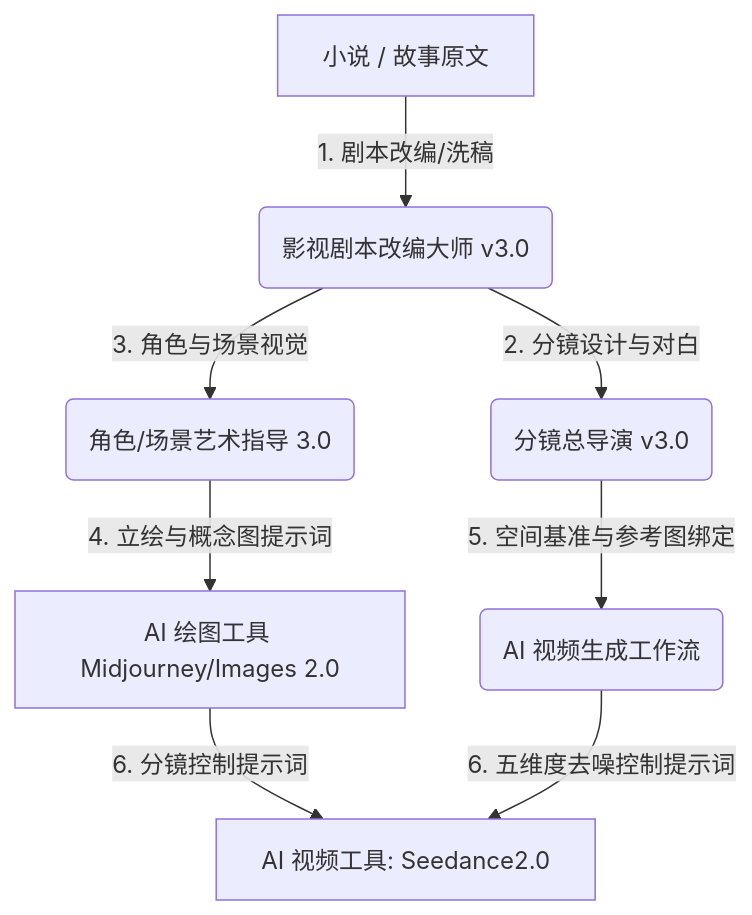
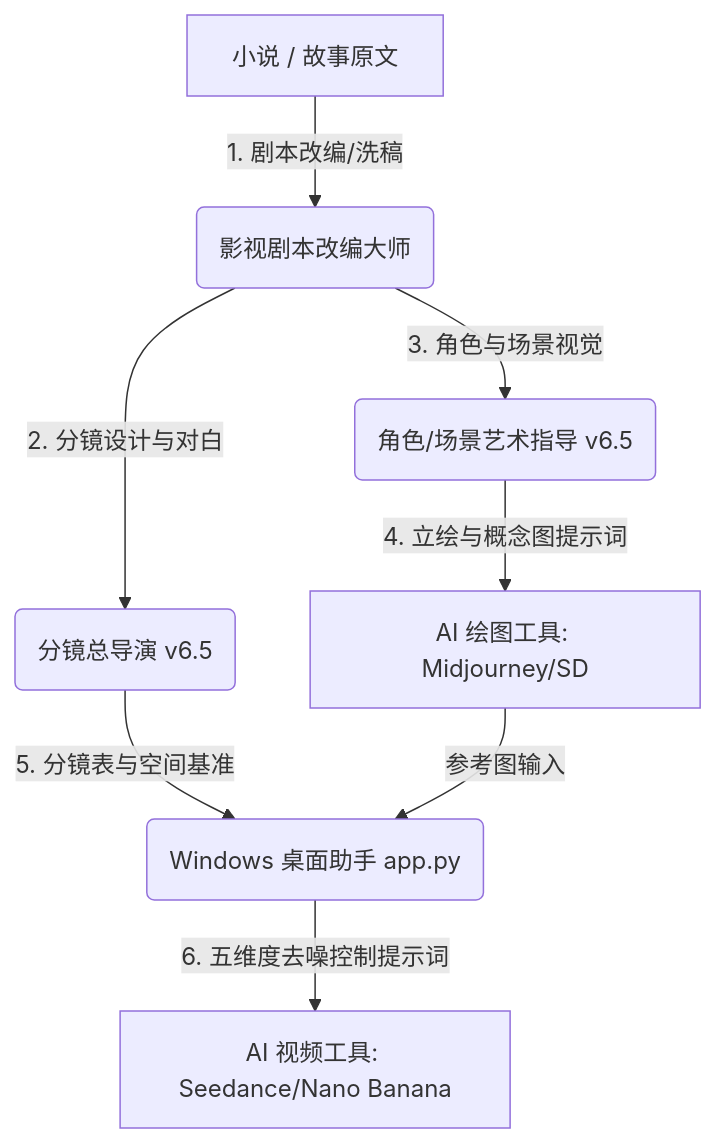
One commit to yuanhongchen56-web/short-drama-ai-filmmaking changed the diagram in README.md. Above: the diagram before and after it, drawn with Mermaid. The commit also changed other lines of this file, not shown here.

````diff
--- a/README.md
+++ b/README.md
@@ -58,10 +77,10 @@
 ```mermaid
 graph TD
-    A[小说 / 故事原文] -->|1. 剧本改编/洗稿| B(影视剧本改编大师 v3.0)
-    B -->|2. 分镜设计与对白| C(分镜总导演 v3.0)
-    B -->|3. 角色与场景视觉| D(角色/场景艺术指导 3.0)
-    D -->|4. 立绘与概念图提示词| E[AI 绘图工具 Midjourney/Images 2.0]
-    C -->|5. 空间基准与参考图绑定| F(AI 视频生成工作流)
-    E -->|6. 分镜控制提示词| G[AI 视频工具 Seedance/Images 2.0]
-    F -->|6. 五维度去噪控制提示词| G[AI 视频工具: Seedance2.0]
+    A[小说 / 故事原文] -->|1. 剧本改编/洗稿| B(影视剧本改编大师)
+    B -->|2. 分镜设计与对白| C(分镜总导演 v6.5)
+    B -->|3. 角色与场景视觉| D(角色/场景艺术指导 v6.5)
+    D -->|4. 立绘与概念图提示词| E[AI 绘图工具: Midjourney/SD]
+    C -->|5. 分镜表与空间基准| F(Windows 桌面助手 app.py)
+    E -->|参考图输入| F
+    F -->|6. 五维度去噪控制提示词| G[AI 视频工具: Seedance/Nano Banana]
 ```
````
